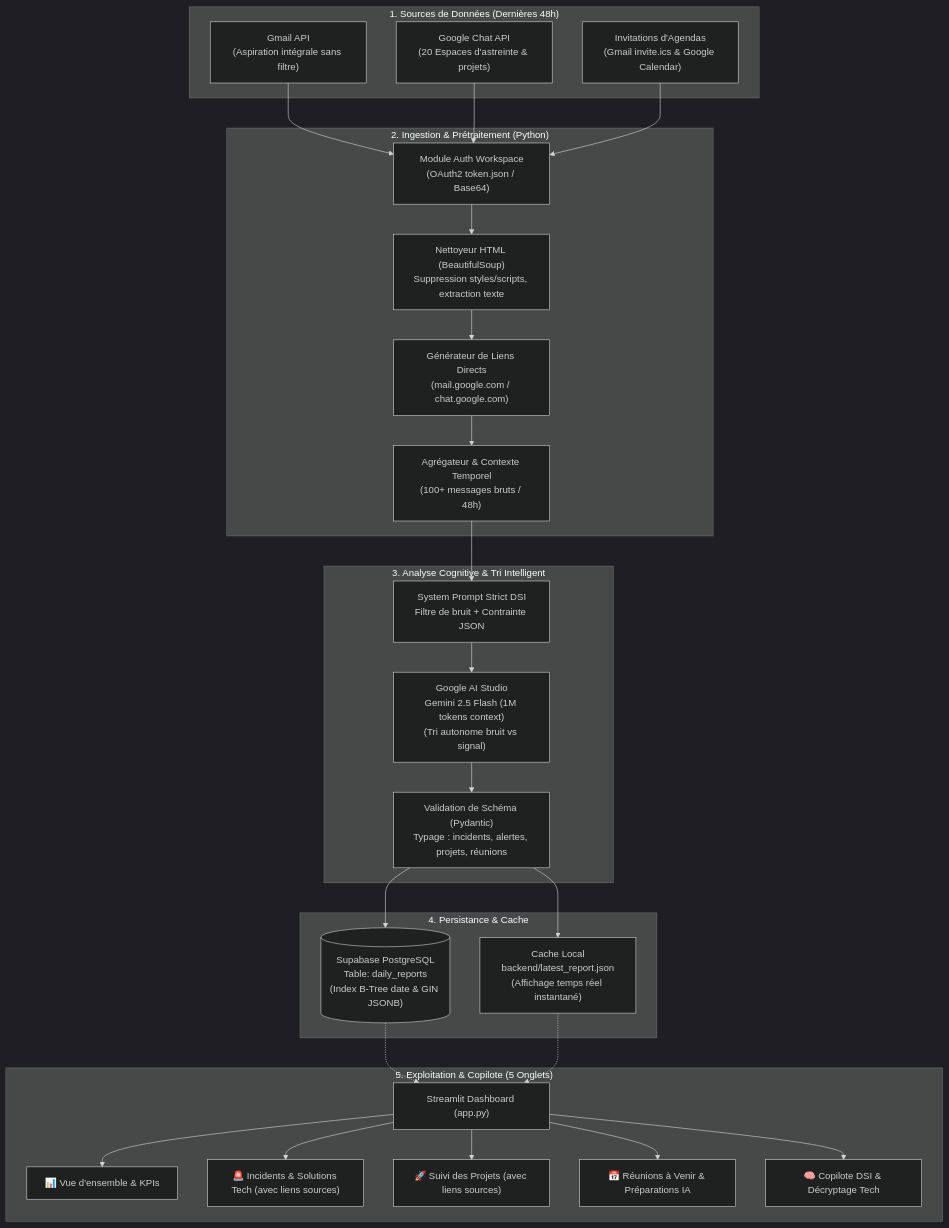
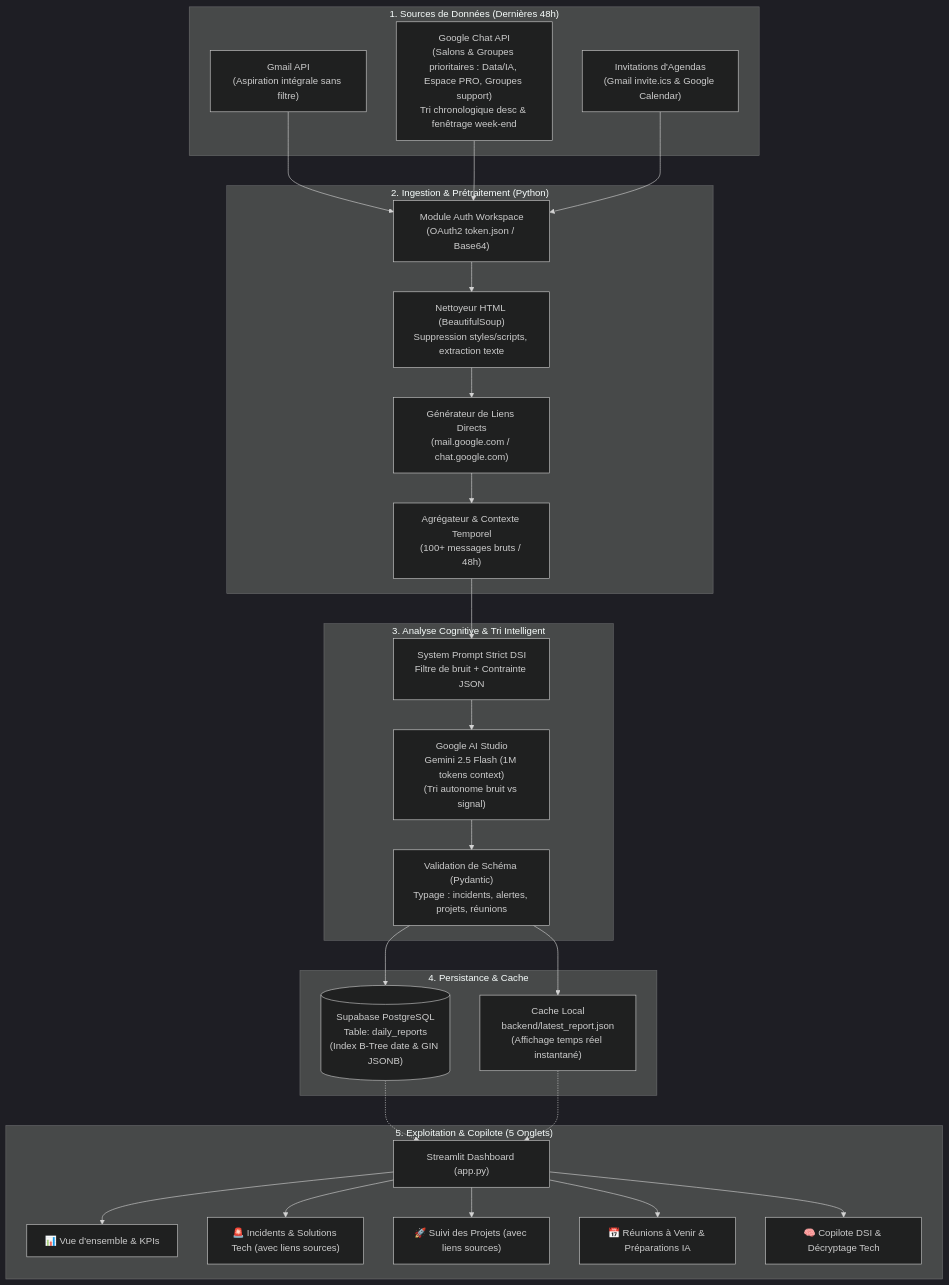
One commit to GDM-Christopher/chris_assistante changed the diagram in SYNTHESE_GLOBALE_ARCHITECTURE.md. Above: the diagram before and after it, drawn with Mermaid (dark theme). The commit also changed other lines of this file and 8 other files, not shown here.

Commit message:
feat(chat): capture et tri des 5 discussions cibles Google Chat (Roxane Cano, Snowflake, groupes support)

````diff
--- a/SYNTHESE_GLOBALE_ARCHITECTURE.md
+++ b/SYNTHESE_GLOBALE_ARCHITECTURE.md
@@ -66,54 +66,54 @@
 ```mermaid
 flowchart TD
     subgraph Sources ["1. Sources de Données (Dernières 48h)"]
         GMAIL["Gmail API\n(Aspiration intégrale sans filtre)"]
-        GCHAT["Google Chat API\n(20 Espaces d'astreinte & projets)"]
+        GCHAT["Google Chat API\n(Salons & Groupes prioritaires : Data/IA, Espace PRO, Groupes support)\nTri chronologique desc & fenêtrage week-end"]
         GCAL["Invitations d'Agendas\n(Gmail invite.ics & Google Calendar)"]
     end
 
     subgraph Ingestion ["2. Ingestion & Prétraitement (Python)"]
         AUTH["Module Auth Workspace\n(OAuth2 token.json / Base64)"]
         HTML_CLEAN["Nettoyeur HTML (BeautifulSoup)\nSuppression styles/scripts, extraction texte"]
         URL_GEN["Générateur de Liens Directs\n(mail.google.com / chat.google.com)"]
         MERGE["Agrégateur & Contexte Temporel\n(100+ messages bruts / 48h)"]
     end
 
     subgraph Cognitive ["3. Analyse Cognitive & Tri Intelligent"]
         PROMPT["System Prompt Strict DSI\nFiltre de bruit + Contrainte JSON"]
         GEMINI["Google AI Studio\nGemini 2.5 Flash (1M tokens context)\n(Tri autonome bruit vs signal)"]
         VALIDATION["Validation de Schéma (Pydantic)\nTypage : incidents, alertes, projets, réunions"]
     end
 
     subgraph Storage ["4. Persistance & Cache"]
         SUPABASE[("Supabase PostgreSQL\nTable: daily_reports\n(Index B-Tree date & GIN JSONB)")]
         LOCAL_CACHE["Cache Local\nbackend/latest_report.json\n(Affichage temps réel instantané)"]
     end
 
     subgraph UI ["5. Exploitation & Copilote (5 Onglets)"]
         STREAMLIT["Streamlit Dashboard (app.py)"]
         TAB1["📊 Vue d'ensemble & KPIs"]
         TAB2["🚨 Incidents & Solutions Tech (avec liens sources)"]
         TAB3["🚀 Suivi des Projets (avec liens sources)"]
         TAB4["📅 Réunions à Venir & Préparations IA"]
         TAB5["🧠 Copilote DSI & Décryptage Tech"]
     end
 
     GMAIL --> AUTH
     GCHAT --> AUTH
     GCAL --> AUTH
     AUTH --> HTML_CLEAN
     HTML_CLEAN --> URL_GEN
     URL_GEN --> MERGE
     MERGE --> PROMPT
     PROMPT --> GEMINI
     GEMINI --> VALIDATION
     VALIDATION --> SUPABASE
     VALIDATION --> LOCAL_CACHE
     SUPABASE -.-> STREAMLIT
     LOCAL_CACHE -.-> STREAMLIT
     STREAMLIT --> TAB1
     STREAMLIT --> TAB2
     STREAMLIT --> TAB3
     STREAMLIT --> TAB4
     STREAMLIT --> TAB5
 ```
````
